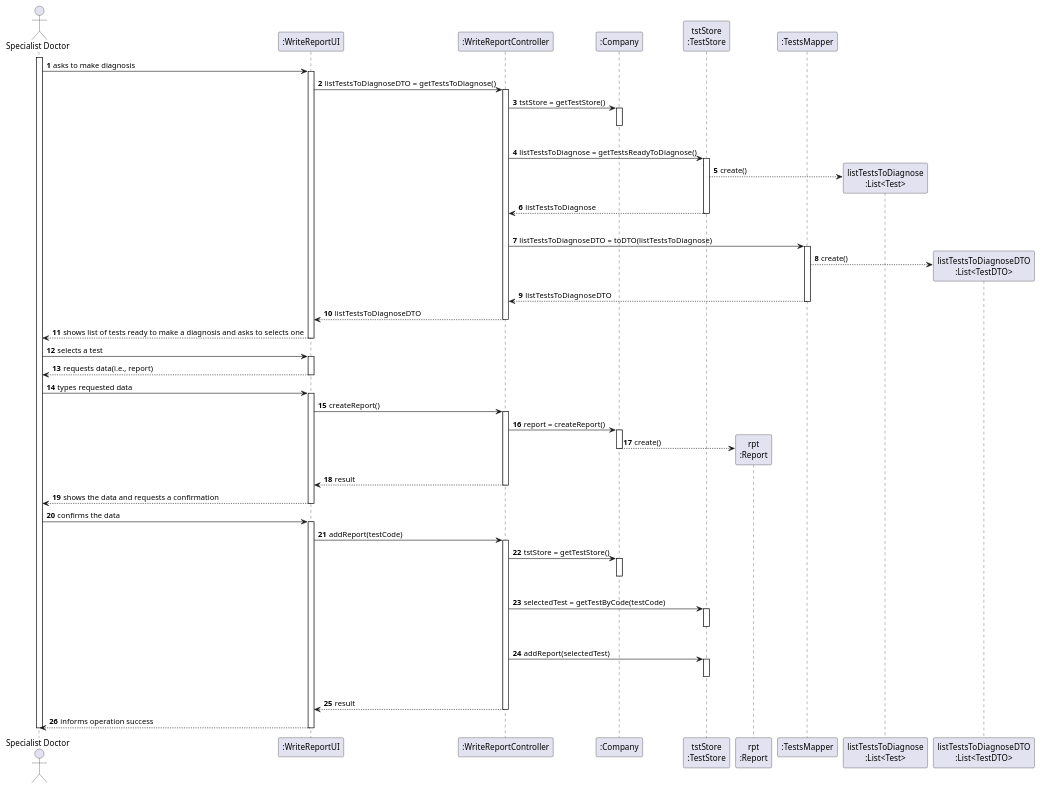
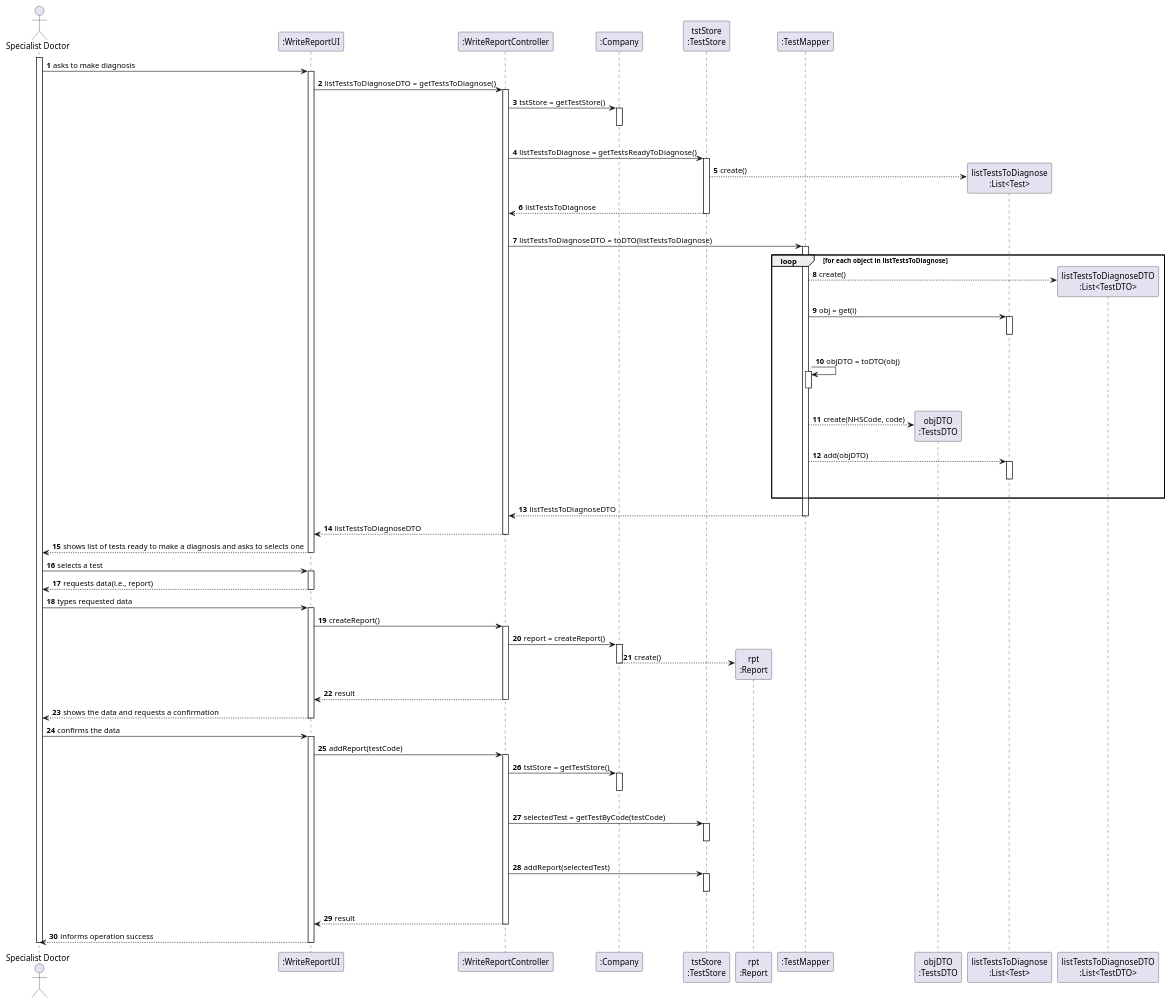
Before and after one commit to ana-albergaria/LAPR2-ISEP: the diagram in docs/SprintC/US_14/US14_SD.puml, drawn with PlantUML. The commit also changed 1 other file, not shown here.

```diff
--- a/docs/SprintC/US_14/US14_SD.puml
+++ b/docs/SprintC/US_14/US14_SD.puml
@@ -1,104 +1,122 @@
 @startuml
 autonumber
 actor "Specialist Doctor" as SPDT
 
 participant ":WriteReportUI" as UI
 participant ":WriteReportController" as CTRL
 participant ":Company" as CMP
 participant "tstStore\n:TestStore" as TSTSTORE
 participant "rpt\n:Report" as RPT
-participant ":TestsMapper" as TSTMAPPER
-'participant "objDTO\n:TestsDTO" as OBJ_DTO
+participant ":TestMapper" as TSTMAPPER
+participant "objDTO\n:TestsDTO" as OBJ_DTO
 'participant "tst\n:Test" as TST
 participant "listTestsToDiagnose\n:List<Test>" as LT
 participant "listTestsToDiagnoseDTO\n:List<TestDTO>" as LIST_DTO
 
 activate SPDT
 SPDT -> UI : asks to make diagnosis
 activate UI
 UI -> CTRL : listTestsToDiagnoseDTO = getTestsToDiagnose()
 activate CTRL
 
 CTRL -> CMP : tstStore = getTestStore()
 activate CMP
 |||
 deactivate CMP
 
 CTRL -> TSTSTORE : listTestsToDiagnose = getTestsReadyToDiagnose()
 activate TSTSTORE
 
 TSTSTORE --> LT** : create()
 TSTSTORE --> CTRL : listTestsToDiagnose
 deactivate TSTSTORE
 |||
 
 CTRL -> TSTMAPPER : listTestsToDiagnoseDTO = toDTO(listTestsToDiagnose)
 activate TSTMAPPER
 
+loop for each object in listTestsToDiagnose
 TSTMAPPER --> LIST_DTO** : create()
+TSTMAPPER -> LT : obj = get(i)
+activate LT
+|||
+deactivate LT
+
+TSTMAPPER -> TSTMAPPER : objDTO = toDTO(obj)
+activate TSTMAPPER
+|||
+deactivate TSTMAPPER
+
+TSTMAPPER --> OBJ_DTO** : create(NHSCode, code)
+
+TSTMAPPER --> LT : add(objDTO)
+activate LT
+|||
+deactivate LT
+end
 
 TSTMAPPER --> CTRL : listTestsToDiagnoseDTO
 deactivate TSTMAPPER
 
 CTRL --> UI : listTestsToDiagnoseDTO
 deactivate CTRL
 
 UI --> SPDT : shows list of tests ready to make a diagnosis and asks to selects one
 deactivate UI
 
 'spdt writes the test code in the UI
 'it uses the test code when adding the report
 
 SPDT -> UI : selects a test
 activate UI
 
 UI --> SPDT : requests data(i.e., report)
 deactivate UI
 
 SPDT -> UI : types requested data
 activate UI
 
 UI -> CTRL : createReport()
 activate CTRL
 
 CTRL -> CMP : report = createReport()
 activate CMP
 
 CMP --> RPT** : create()
 deactivate CMP
 
 CTRL --> UI : result
 deactivate CTRL
 UI --> SPDT : shows the data and requests a confirmation
 deactivate UI
 
 SPDT -> UI : confirms the data
 activate UI
 
 UI -> CTRL : addReport(testCode)
 activate CTRL
 
 CTRL -> CMP : tstStore = getTestStore()
 activate CMP
 |||
 deactivate CMP
 
 CTRL -> TSTSTORE : selectedTest = getTestByCode(testCode)
 activate TSTSTORE
 |||
 deactivate TSTSTORE
 
 CTRL -> TSTSTORE : addReport(selectedTest)
 activate TSTSTORE
 |||
 deactivate TSTSTORE
 
 CTRL --> UI : result
 deactivate CMP
 deactivate CTRL
 
 UI --> SPDT : informs operation success
 deactivate UI
 deactivate SPDT
 
 @enduml
```
